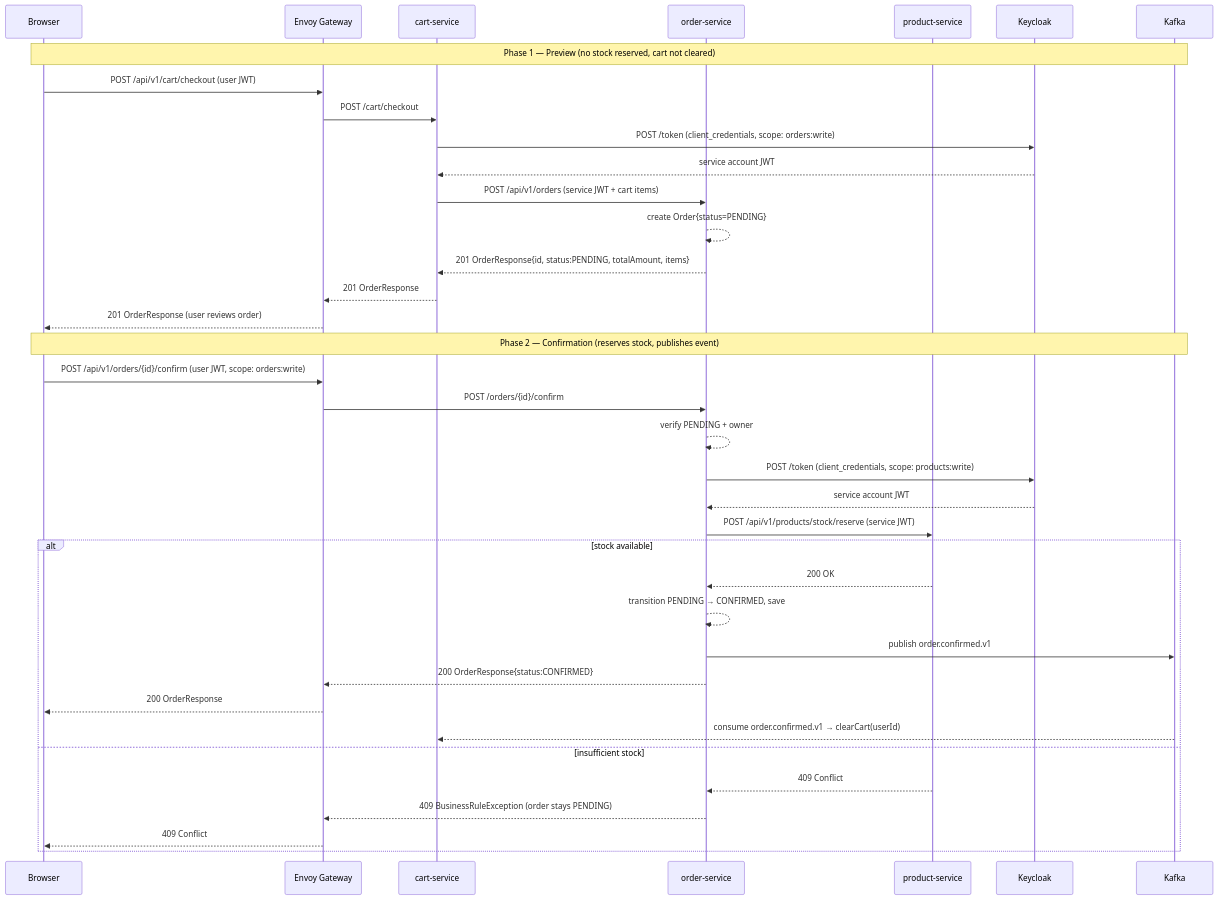
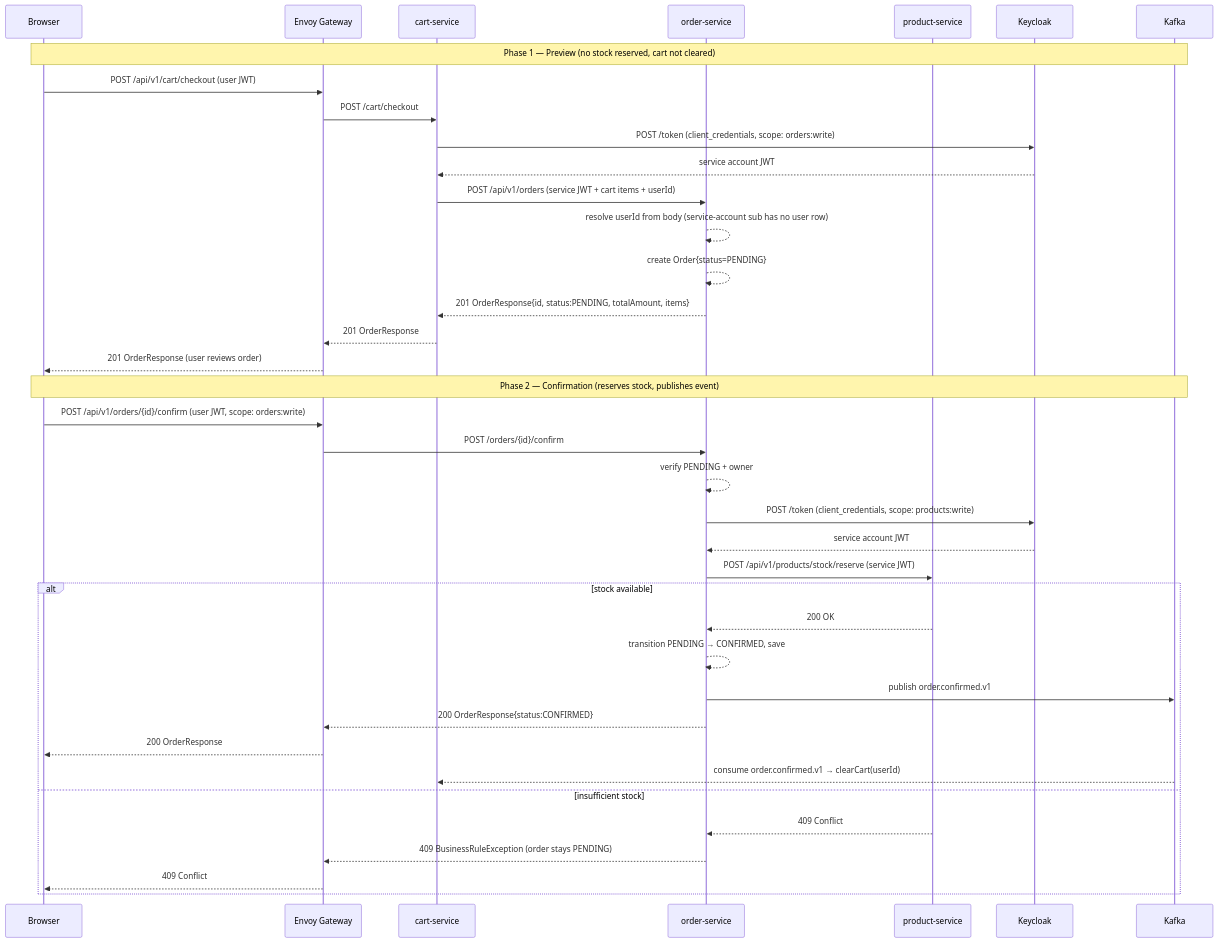
Before and after one commit to ricsanfre/spring-microservices-otel-k8s: the diagram in design/adr-013-two-phase-checkout-flow.md, drawn with Mermaid. The commit also changed other lines of this file and 20 other files, not shown here.

````diff
--- a/design/adr-013-two-phase-checkout-flow.md
+++ b/design/adr-013-two-phase-checkout-flow.md
@@ -63,43 +64,44 @@
 ```mermaid
 sequenceDiagram
     participant B as Browser
     participant EG as Envoy Gateway
     participant CS as cart-service
     participant OS as order-service
     participant PS as product-service
     participant KC as Keycloak
     participant KF as Kafka
 
     Note over B,KF: Phase 1 — Preview (no stock reserved, cart not cleared)
 
     B->>EG: POST /api/v1/cart/checkout (user JWT)
     EG->>CS: POST /cart/checkout
     CS->>KC: POST /token (client_credentials, scope: orders:write)
     KC-->>CS: service account JWT
-    CS->>OS: POST /api/v1/orders (service JWT + cart items)
+    CS->>OS: POST /api/v1/orders (service JWT + cart items + userId)
+    OS-->>OS: resolve userId from body (service-account sub has no user row)
     OS-->>OS: create Order{status=PENDING}
     OS-->>CS: 201 OrderResponse{id, status:PENDING, totalAmount, items}
     CS-->>EG: 201 OrderResponse
     EG-->>B: 201 OrderResponse (user reviews order)
 
     Note over B,KF: Phase 2 — Confirmation (reserves stock, publishes event)
 
     B->>EG: POST /api/v1/orders/{id}/confirm (user JWT, scope: orders:write)
     EG->>OS: POST /orders/{id}/confirm
     OS-->>OS: verify PENDING + owner
     OS->>KC: POST /token (client_credentials, scope: products:write)
     KC-->>OS: service account JWT
     OS->>PS: POST /api/v1/products/stock/reserve (service JWT)
     alt stock available
         PS-->>OS: 200 OK
         OS-->>OS: transition PENDING → CONFIRMED, save
         OS->>KF: publish order.confirmed.v1
         OS-->>EG: 200 OrderResponse{status:CONFIRMED}
         EG-->>B: 200 OrderResponse
         KF-->>CS: consume order.confirmed.v1 → clearCart(userId)
     else insufficient stock
         PS-->>OS: 409 Conflict
         OS-->>EG: 409 BusinessRuleException (order stays PENDING)
         EG-->>B: 409 Conflict
     end
 ```
````
